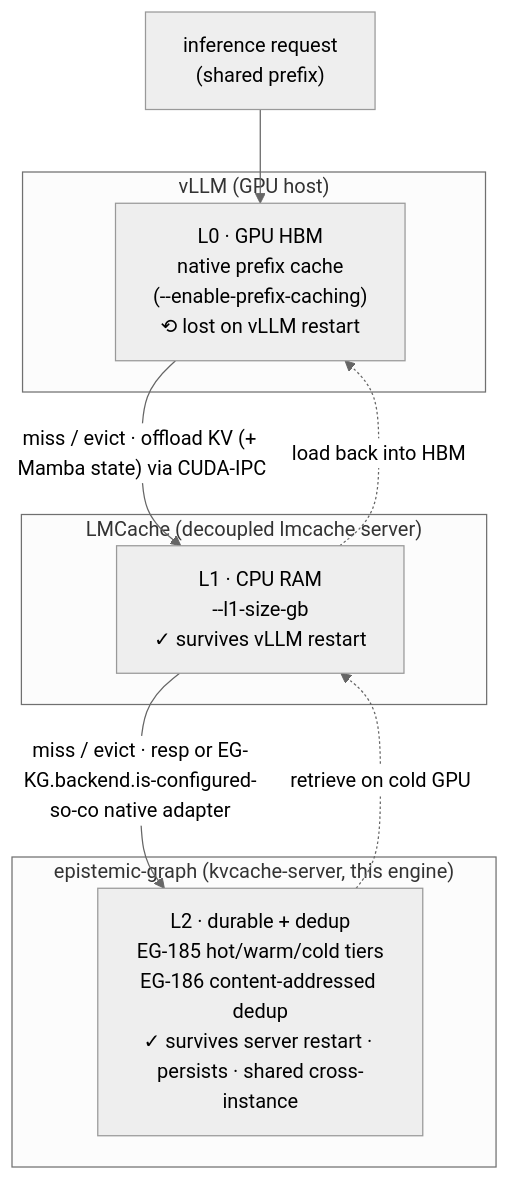
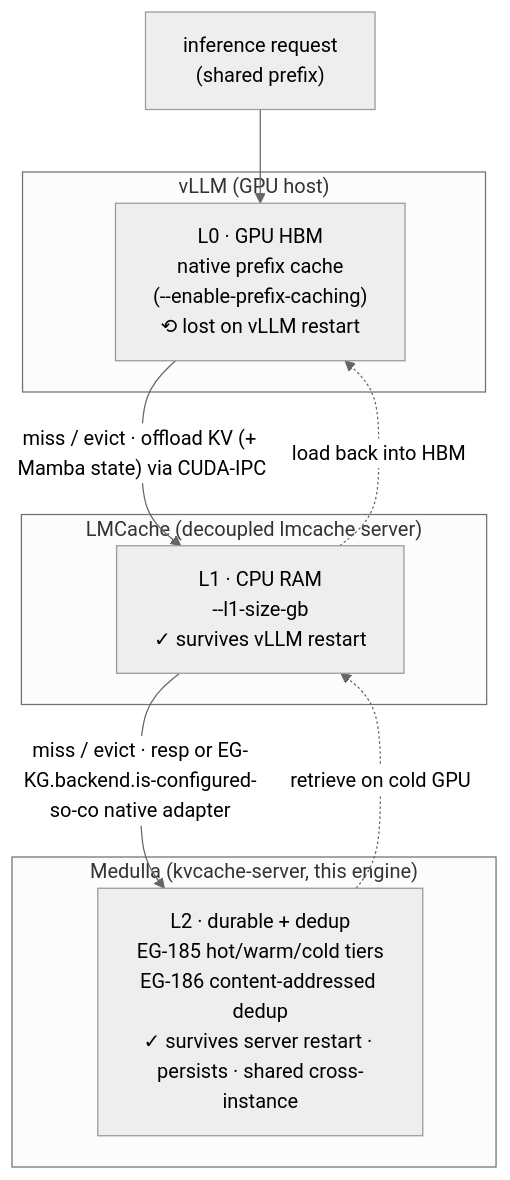
Before and after one commit to Knuckles-Team/epistemic-graph: the diagram in docs/interfaces/kvcache.md, drawn with Mermaid (neutral theme). The commit also changed other lines of this file and 59 other files, not shown here.

````diff
--- a/docs/interfaces/kvcache.md
+++ b/docs/interfaces/kvcache.md
@@ -21,17 +21,17 @@
 ```mermaid
 flowchart TD
     req["inference request<br/>(shared prefix)"] --> L0
     subgraph vllm["vLLM (GPU host)"]
       L0["L0 · GPU HBM<br/>native prefix cache<br/>(--enable-prefix-caching)<br/>⟲ lost on vLLM restart"]
     end
     subgraph lm["LMCache (decoupled lmcache server)"]
       L1["L1 · CPU RAM<br/>--l1-size-gb<br/>✓ survives vLLM restart"]
     end
-    subgraph eg["epistemic-graph (kvcache-server, this engine)"]
+    subgraph eg["Medulla (kvcache-server, this engine)"]
       L2["L2 · durable + dedup<br/>EG-185 hot/warm/cold tiers<br/>EG-186 content-addressed dedup<br/>✓ survives server restart · persists · shared cross-instance"]
     end
     L0 -->|"miss / evict · offload KV (+ Mamba state) via CUDA-IPC"| L1
     L1 -->|"miss / evict · resp or EG-KG.backend.is-configured-so-co native adapter"| L2
     L2 -.->|"retrieve on cold GPU"| L1
     L1 -.->|"load back into HBM"| L0
 ```
````
